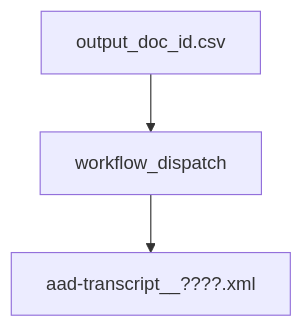
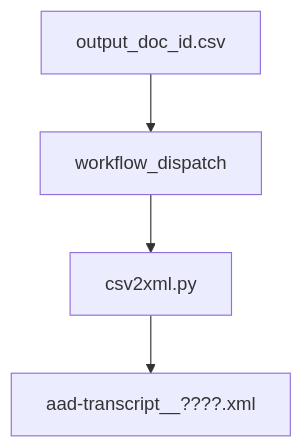
Before and after one commit to auden-in-austria-digital/aad-data: the second of 2 diagrams in README.md, drawn with Mermaid.

````diff
--- a/README.md
+++ b/README.md
@@ -26,5 +26,6 @@
 ```mermaid
 flowchart TD;
     output_doc_id.csv-->workflow_dispatch;
-    workflow_dispatch-->aad-transcript__????.xml;
+    workflow_dispatch-->csv2xml.py;
+    csv2xml.py-->aad-transcript__????.xml;
 ```
````
